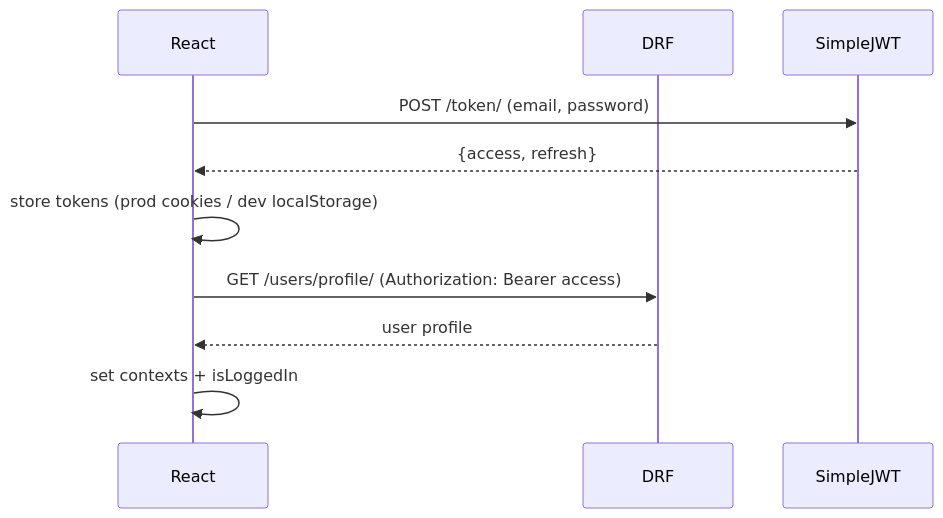
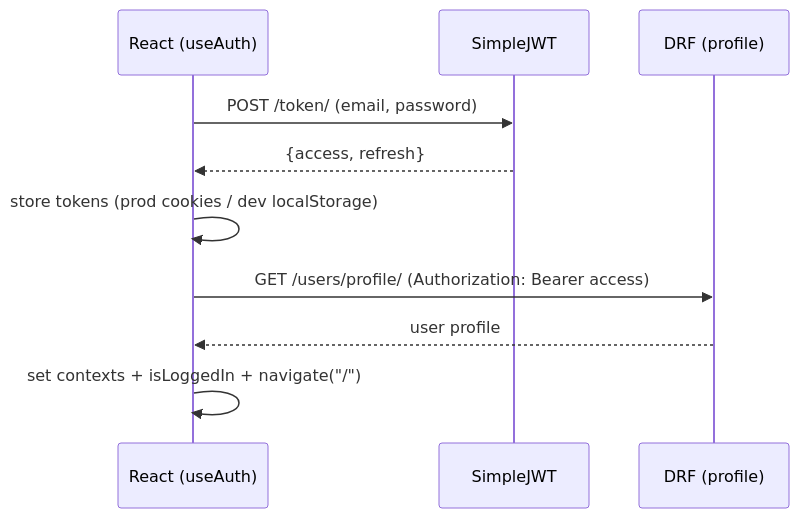
The second of 9 diagrams in README.MD (anthonynarine/tic_tac_toe), drawn with Mermaid before and after one commit. The commit also changed other lines of this file, not shown here.

````diff
--- a/README.MD
+++ b/README.MD
@@ -81,13 +98,13 @@
 ```mermaid
 sequenceDiagram
-  participant FE as React
-  participant API as DRF
+  participant FE as React (useAuth)
   participant JWT as SimpleJWT
+  participant API as DRF (profile)
 
   FE->>JWT: POST /token/ (email, password)
   JWT-->>FE: {access, refresh}
   FE->>FE: store tokens (prod cookies / dev localStorage)
   FE->>API: GET /users/profile/ (Authorization: Bearer access)
   API-->>FE: user profile
-  FE->>FE: set contexts + isLoggedIn
+  FE->>FE: set contexts + isLoggedIn + navigate("/")
 ```
````
